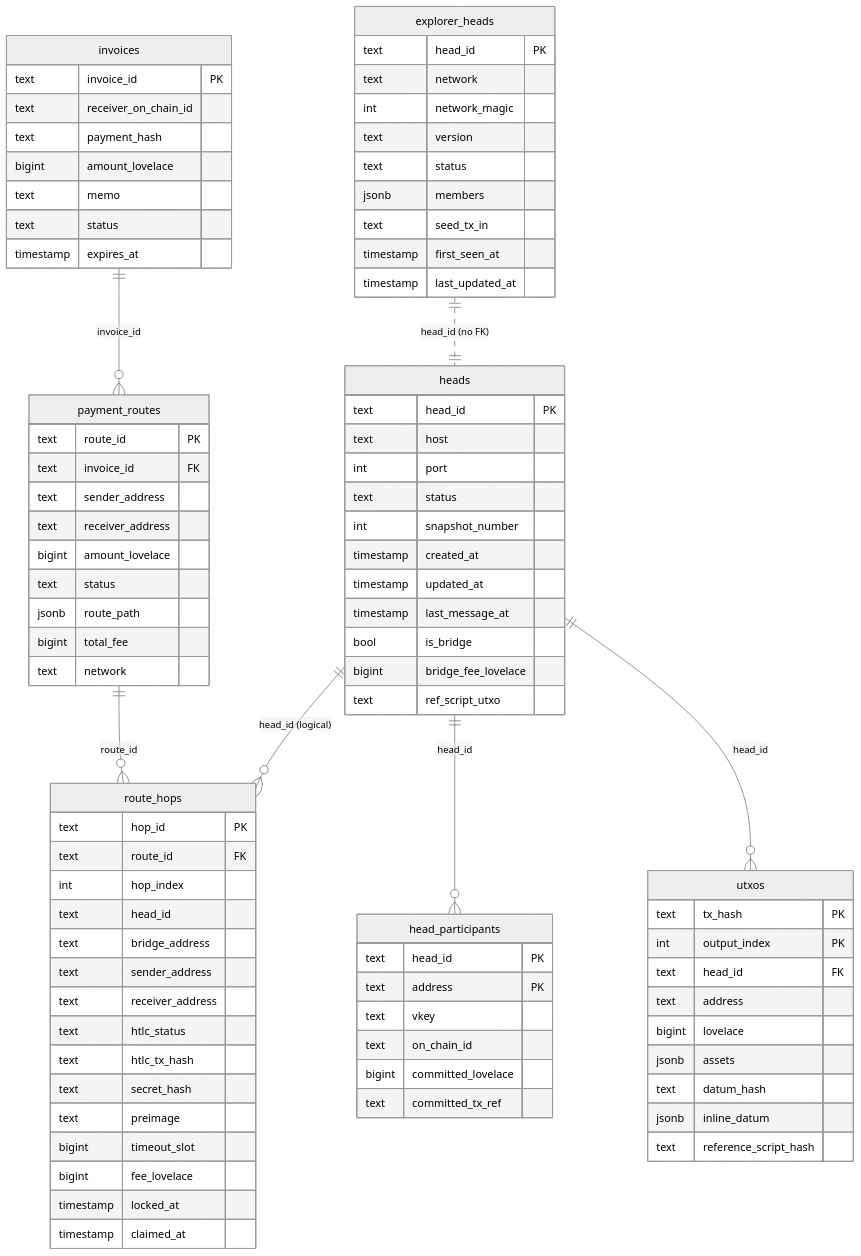
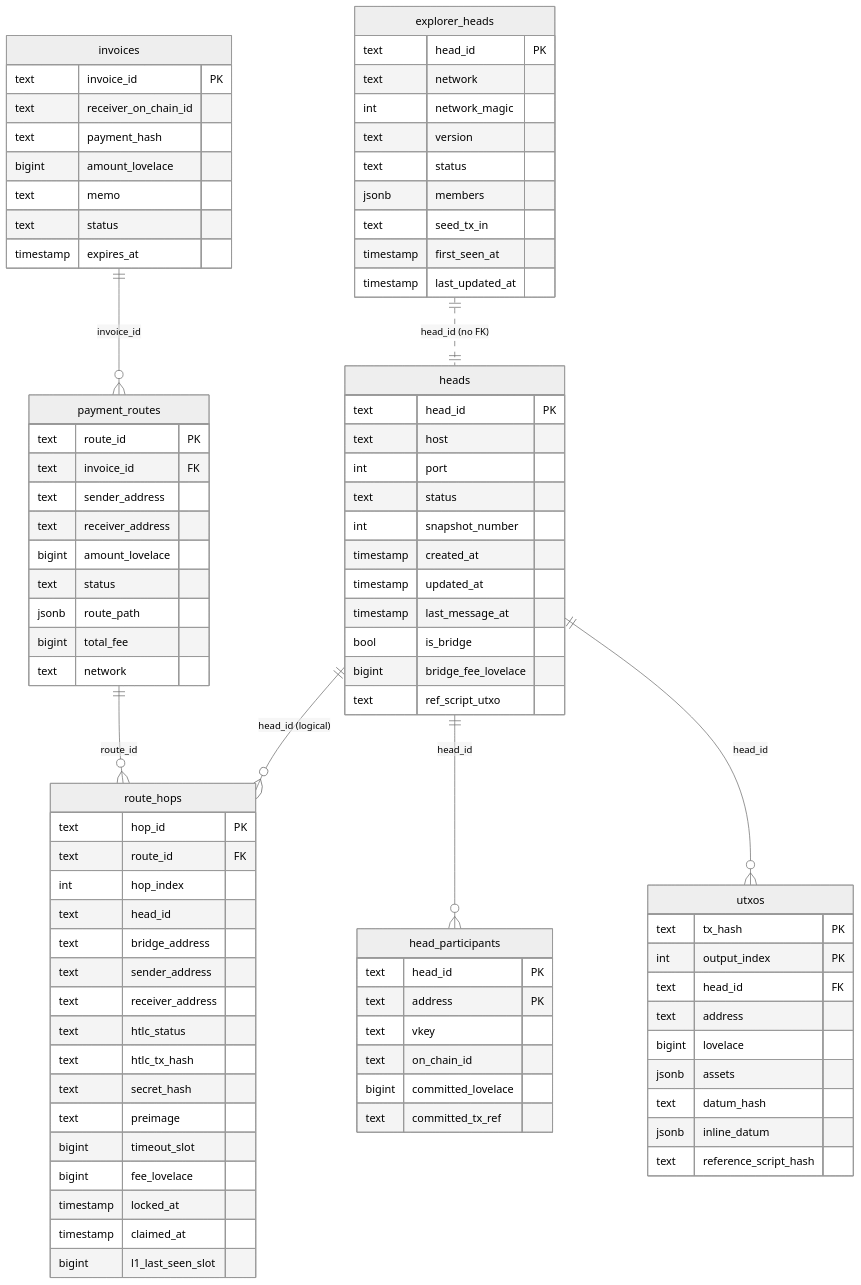
The third of 6 diagrams in ARCHITECTURE.md (v0d1ch/hydra.registry), drawn with Mermaid (neutral theme) before and after one commit. The commit also changed other lines of this file and 15 other files, not shown here.

````diff
--- a/ARCHITECTURE.md
+++ b/ARCHITECTURE.md
@@ -323,5 +324,6 @@
     bigint fee_lovelace
     timestamp locked_at
     timestamp claimed_at
+    bigint l1_last_seen_slot
   }
 ```
````
